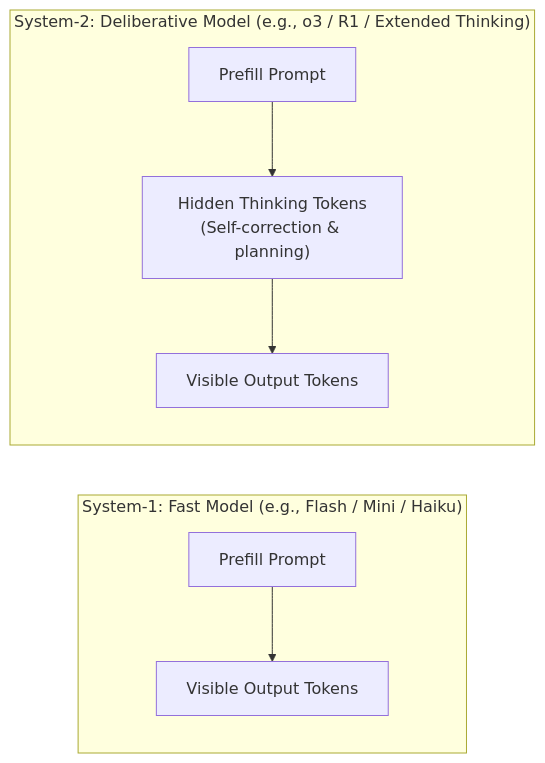
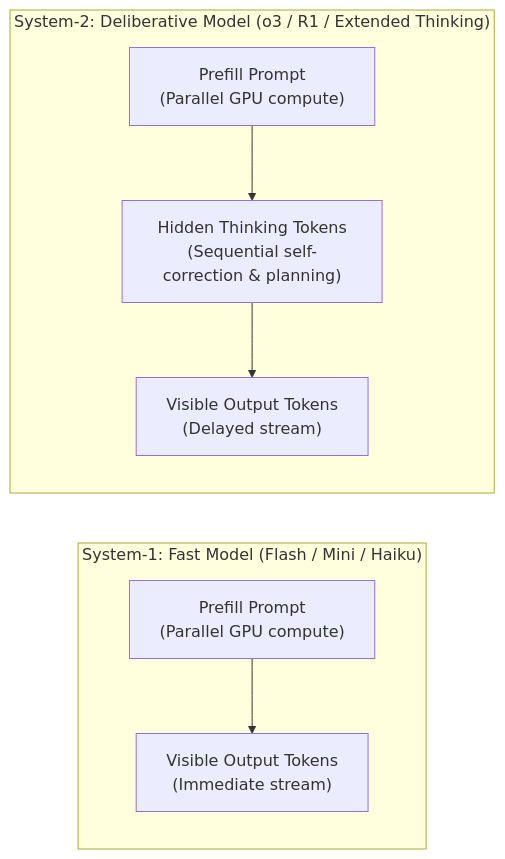
The first of 2 diagrams in Lecture 08 - Model Routing and Harness Velocity/notes/01_Fast_vs_Deliberative_Reasoning_Models.md (Amie-dev/FDE-and-GenAI-Mastery), drawn with Mermaid before and after one commit. The commit also changed other lines of this file and 92 other files, not shown here.

````diff
--- a/Lecture 08 - Model Routing and Harness Velocity/notes/01_Fast_vs_Deliberative_Reasoning_Models.md
+++ b/Lecture 08 - Model Routing and Harness Velocity/notes/01_Fast_vs_Deliberative_Reasoning_Models.md
@@ -36,10 +39,10 @@
 ```mermaid
 flowchart LR
-    subgraph S1["System-1: Fast Model (e.g., Flash / Mini / Haiku)"]
-        P1["Prefill Prompt"] --> D1["Visible Output Tokens"]
+    subgraph S1["System-1: Fast Model (Flash / Mini / Haiku)"]
+        P1["Prefill Prompt<br/>(Parallel GPU compute)"] --> D1["Visible Output Tokens<br/>(Immediate stream)"]
     end
-    subgraph S2["System-2: Deliberative Model (e.g., o3 / R1 / Extended Thinking)"]
-        P2["Prefill Prompt"] --> T2["Hidden Thinking Tokens<br/>(Self-correction & planning)"]
-        T2 --> D2["Visible Output Tokens"]
+    subgraph S2["System-2: Deliberative Model (o3 / R1 / Extended Thinking)"]
+        P2["Prefill Prompt<br/>(Parallel GPU compute)"] --> T2["Hidden Thinking Tokens<br/>(Sequential self-correction & planning)"]
+        T2 --> D2["Visible Output Tokens<br/>(Delayed stream)"]
     end
 ```
````
